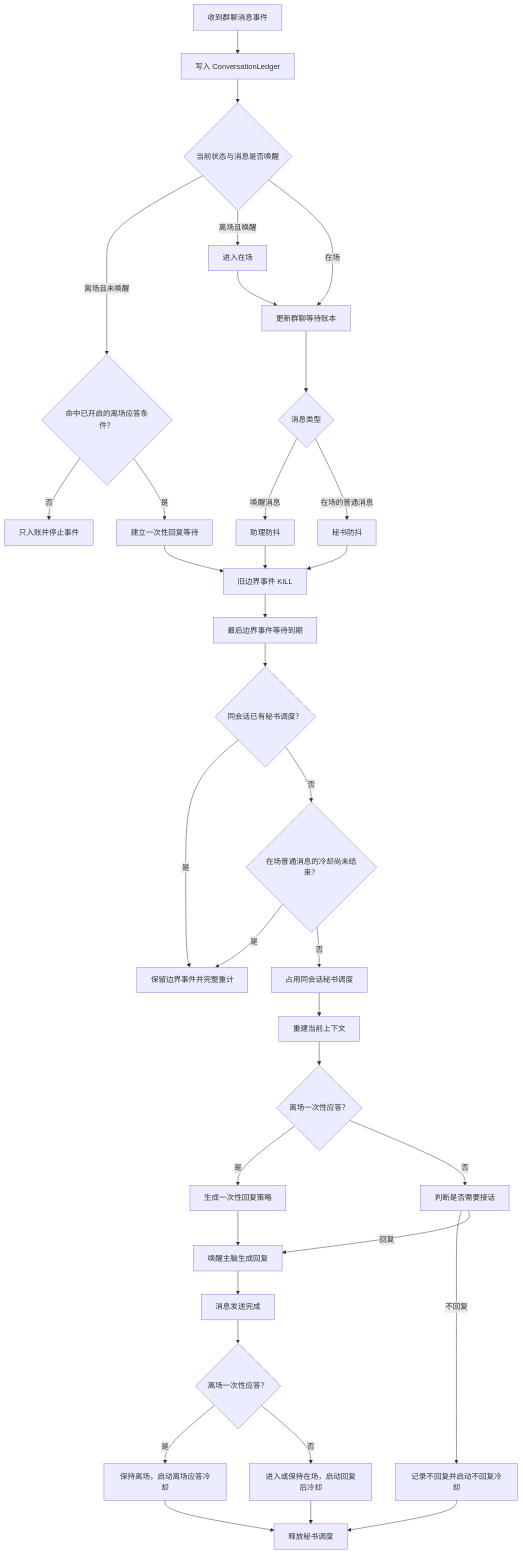
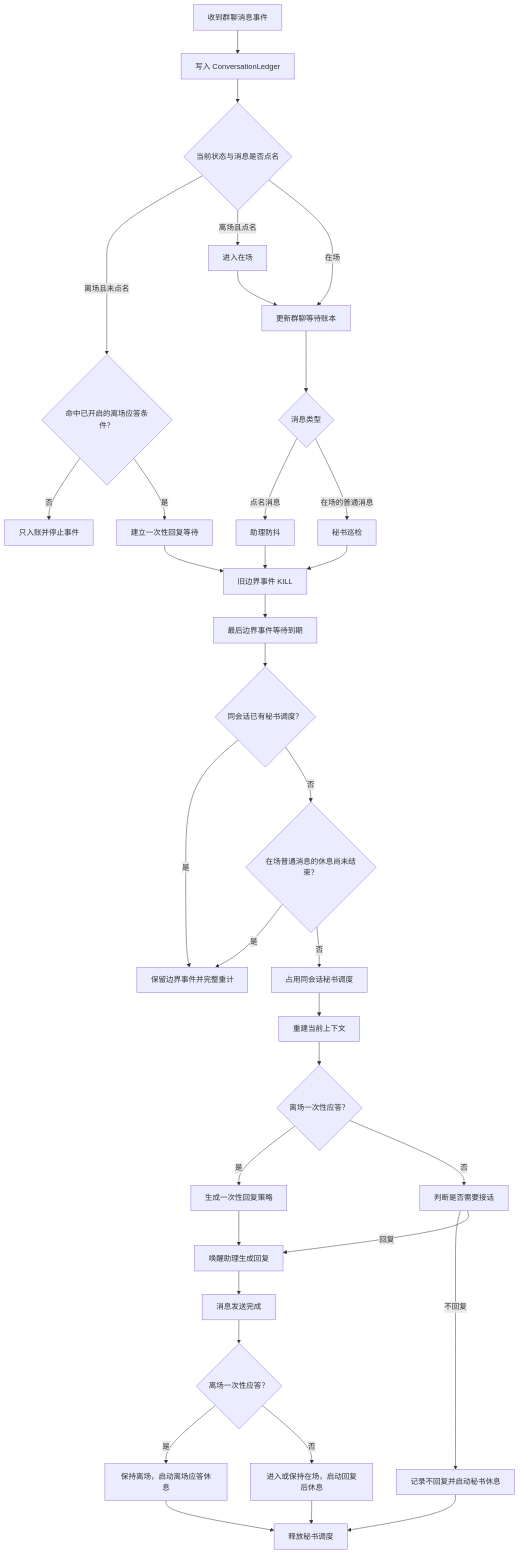
The diagram in docs/angelheart_workflow.md (kawayiYokami/astrbot_plugin_angel_heart), drawn with Mermaid before and after one commit. The commit also changed other lines of this file and 2 other files, not shown here.

````diff
--- a/docs/angelheart_workflow.md
+++ b/docs/angelheart_workflow.md
@@ -24,37 +24,37 @@
 ```mermaid
 flowchart TD
     A[收到群聊消息事件] --> B[写入 ConversationLedger]
-    B --> C{当前状态与消息是否唤醒}
-    C -->|离场且未唤醒| D{命中已开启的离场应答条件？}
+    B --> C{当前状态与消息是否点名}
+    C -->|离场且未点名| D{命中已开启的离场应答条件？}
     D -->|否| E[只入账并停止事件]
     D -->|是| F[建立一次性回复等待]
-    C -->|离场且唤醒| G[进入在场]
+    C -->|离场且点名| G[进入在场]
     C -->|在场| H[更新群聊等待账本]
     G --> H
     H --> I{消息类型}
-    I -->|唤醒消息| J[助理防抖]
-    I -->|在场的普通消息| K[秘书防抖]
+    I -->|点名消息| J[助理防抖]
+    I -->|在场的普通消息| K[秘书巡检]
     J --> L[旧边界事件 KILL]
     K --> L
     F --> L
     L --> M[最后边界事件等待到期]
     M --> N{同会话已有秘书调度？}
     N -->|是| O[保留边界事件并完整重计]
-    N -->|否| P{在场普通消息的冷却尚未结束？}
+    N -->|否| P{在场普通消息的休息尚未结束？}
     P -->|是| O
     P -->|否| Q[占用同会话秘书调度]
     Q --> R[重建当前上下文]
     R --> S{离场一次性应答？}
     S -->|是| T[生成一次性回复策略]
     S -->|否| U[判断是否需要接话]
-    U -->|不回复| V[记录不回复并启动不回复冷却]
-    T --> W[唤醒主脑生成回复]
+    U -->|不回复| V[记录不回复并启动秘书休息]
+    T --> W[唤醒助理生成回复]
     U -->|回复| W
     V --> X[释放秘书调度]
     W --> Y[消息发送完成]
     Y --> Z{离场一次性应答？}
-    Z -->|是| AA[保持离场，启动离场应答冷却]
-    Z -->|否| AB[进入或保持在场，启动回复后冷却]
+    Z -->|是| AA[保持离场，启动离场应答休息]
+    Z -->|否| AB[进入或保持在场，启动回复后休息]
     AA --> X
     AB --> X
 ```
````
